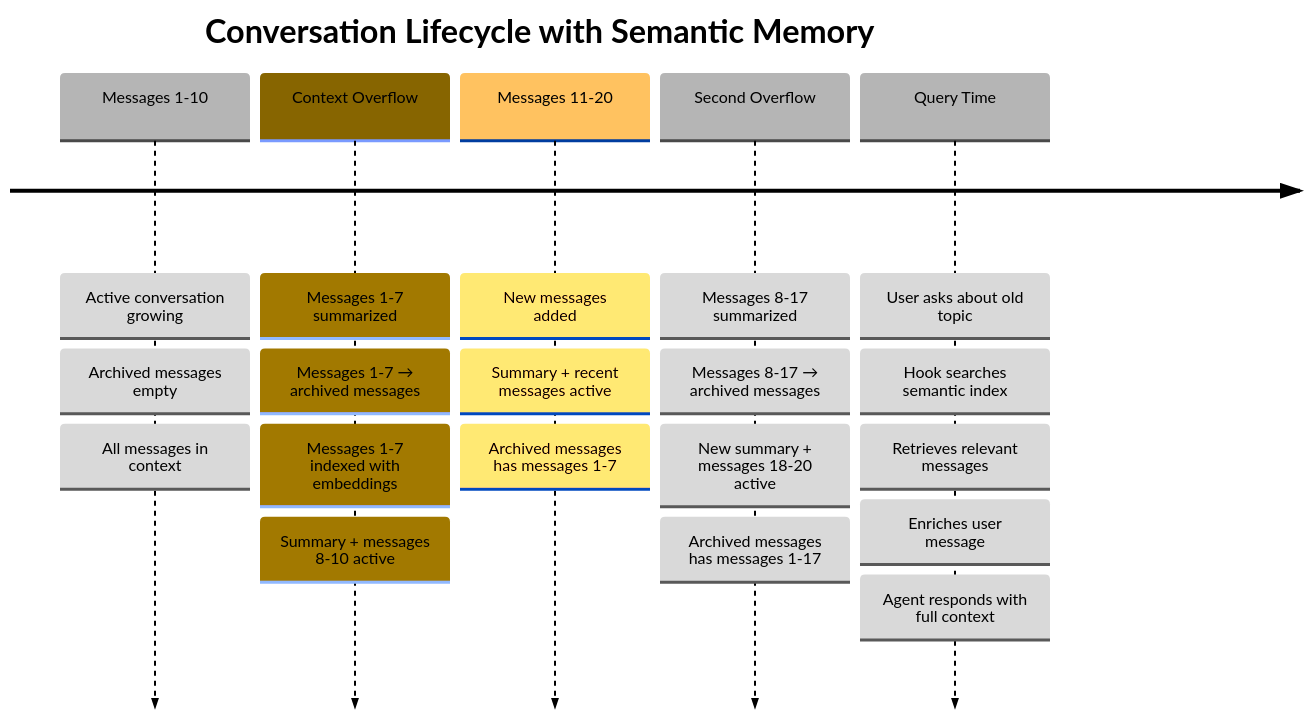
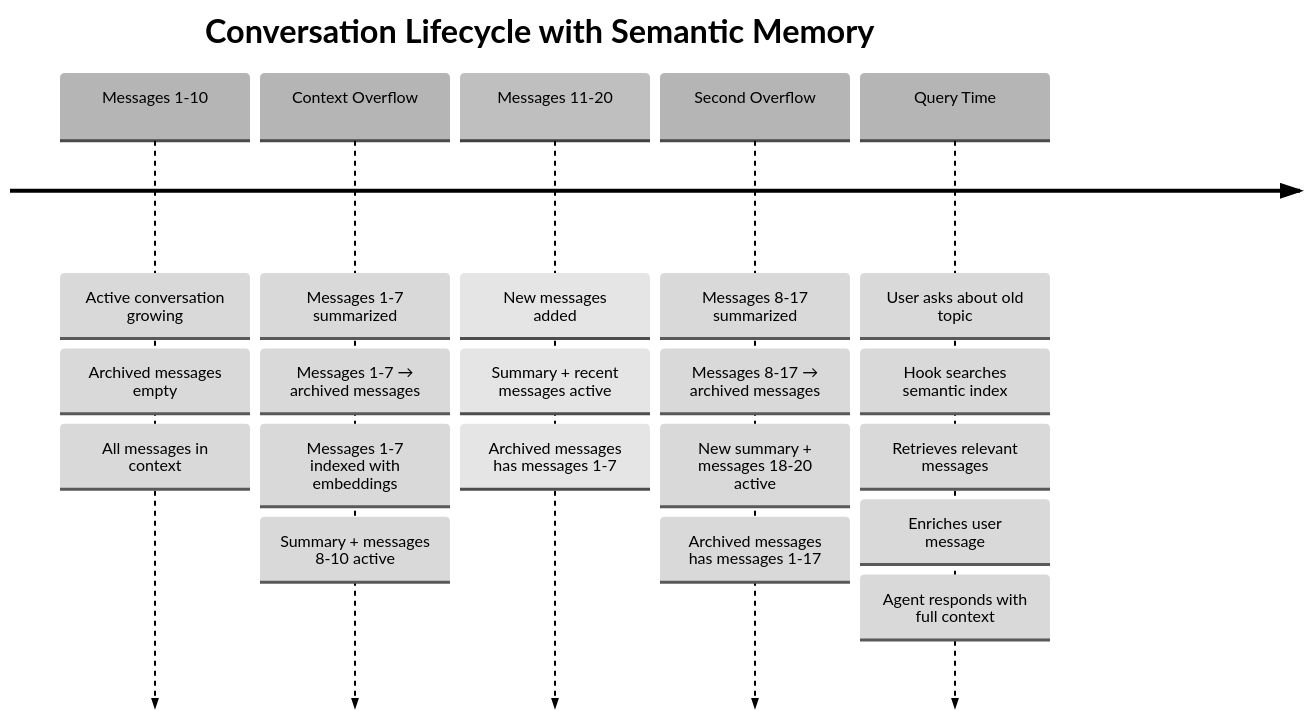
One commit to danilop/strands-agents-semantic-summarizing-conversation-manager changed the third of 5 diagrams in README.md. Above: the diagram before and after it, drawn with Mermaid.

Commit message:
Apply consistent soft color palette to timeline sections
- 5 distinct colors matching our existing diagram themes
- Green for normal flow (matches storage theme)
- Soft orange for overflows (matches transition theme)
- Soft blue for continued messages (matches user theme)
- Soft purple for second overflow (matches processing theme)
- Soft cyan for query phase (matches enriched theme)
- Each column has saturated top with lighter gradient below
- Consistent soft pastel tonality throughout

````diff
--- a/README.md
+++ b/README.md
@@ -253,29 +253,29 @@
 ```mermaid
-%%{init: {"theme": "base", "themeVariables": {"primaryColor": "#F5F5F5", "primaryTextColor": "#000", "primaryBorderColor": "#9E9E9E", "lineColor": "#2196F3", "secondaryColor": "#FFC107", "tertiaryColor": "#FFF3E0"}}}%%
+%%{init: {"theme": "base", "themeVariables": {"primaryColor": "#F5F5F5", "primaryTextColor": "#000", "primaryBorderColor": "#9E9E9E", "lineColor": "#2196F3", "git0": "#66BB6A", "git1": "#FFB74D", "git2": "#64B5F6", "git3": "#BA68C8", "git4": "#4DD0E1", "gitInv0": "#000", "gitInv1": "#000", "gitInv2": "#000", "gitInv3": "#000", "gitInv4": "#000"}}}%%
 timeline
     title Conversation Lifecycle with Semantic Memory
 
     Messages 1-10 : Active conversation growing
                   : Archived messages empty
                   : All messages in context
 
     Context Overflow : Messages 1-7 summarized
                      : Messages 1-7 → archived messages
                      : Messages 1-7 indexed with embeddings
                      : Summary + messages 8-10 active
 
     Messages 11-20 : New messages added
                    : Summary + recent messages active
                    : Archived messages has messages 1-7
 
     Second Overflow : Messages 8-17 summarized
                     : Messages 8-17 → archived messages
                     : New summary + messages 18-20 active
                     : Archived messages has messages 1-17
 
     Query Time : User asks about old topic
                : Hook searches semantic index
                : Retrieves relevant messages
                : Enriches user message
                : Agent responds with full context
 ```
````
